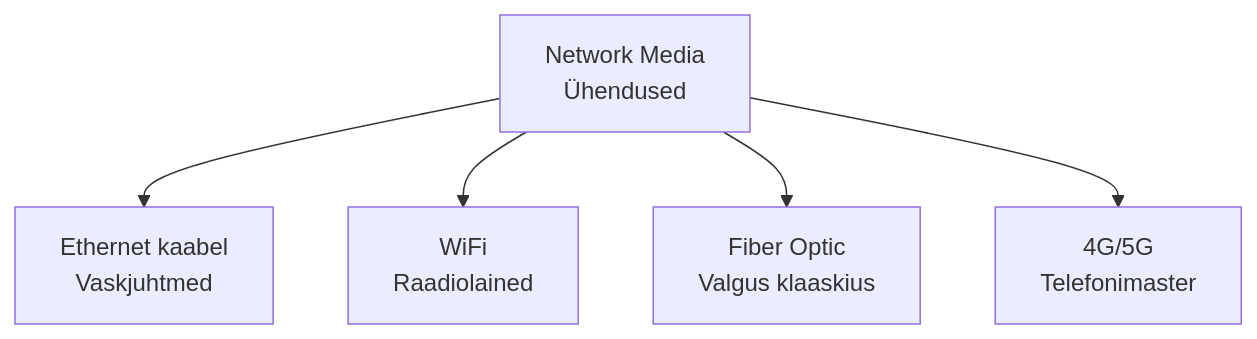
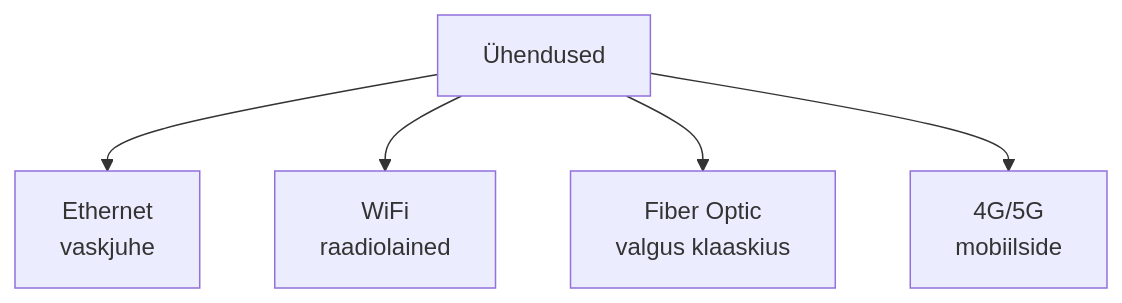
Before and after one commit to mtalvik/av_alused: the eighth of 11 diagrams in Lecture/loeng1_slaidid.md, drawn with Mermaid. The commit also changed other lines of this file and 2 other files, not shown here.

````diff
--- a/Lecture/loeng1_slaidid.md
+++ b/Lecture/loeng1_slaidid.md
@@ -174,7 +175,7 @@
 ```mermaid
 graph TD
-    A[Network Media<br/>Ühendused] --> B[Ethernet kaabel<br/>Vaskjuhtmed]
-    A --> C[WiFi<br/>Raadiolained]
-    A --> D[Fiber Optic<br/>Valgus klaaskius]
-    A --> E[4G/5G<br/>Telefonimaster]
+    A[Ühendused] --> B[Ethernet<br/>vaskjuhe]
+    A --> C[WiFi<br/>raadiolained]
+    A --> D[Fiber Optic<br/>valgus klaaskius]
+    A --> E[4G/5G<br/>mobiilside]
 ```
````
